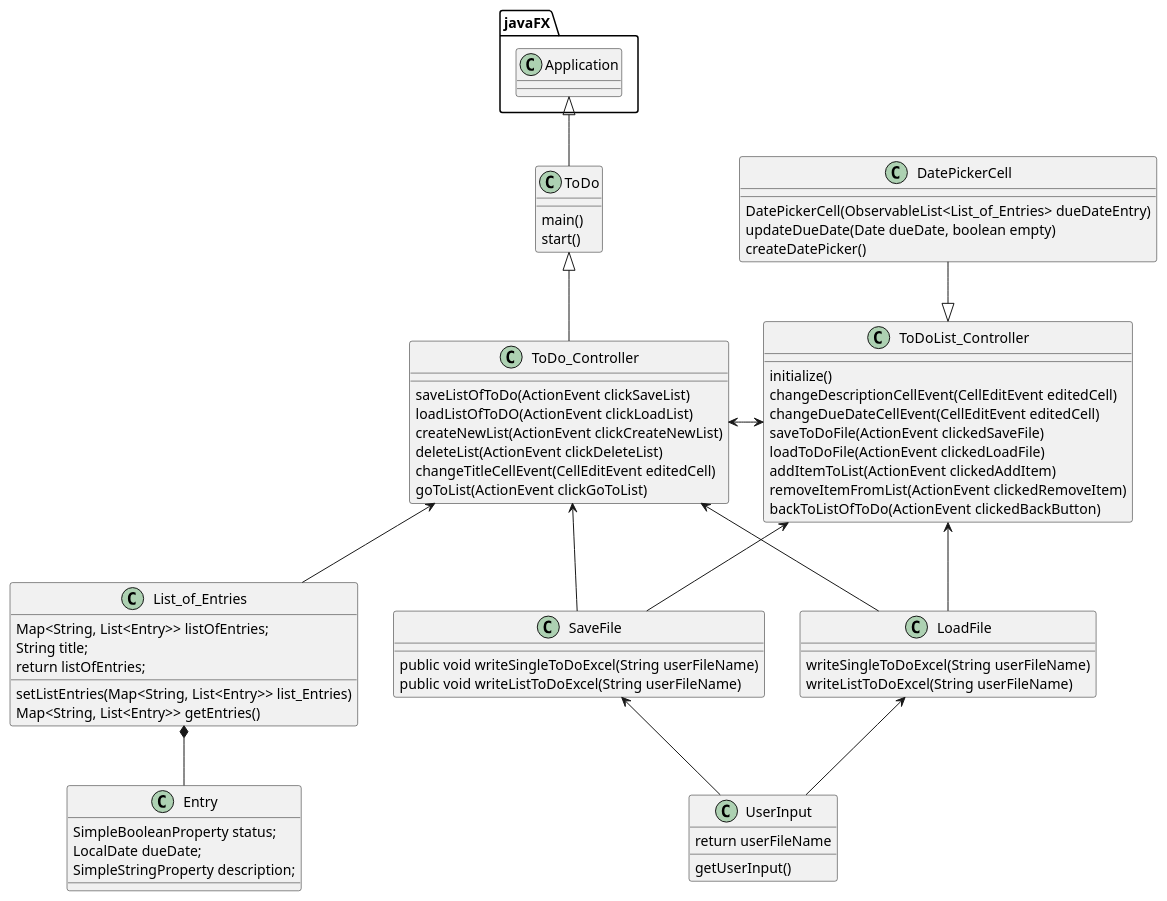
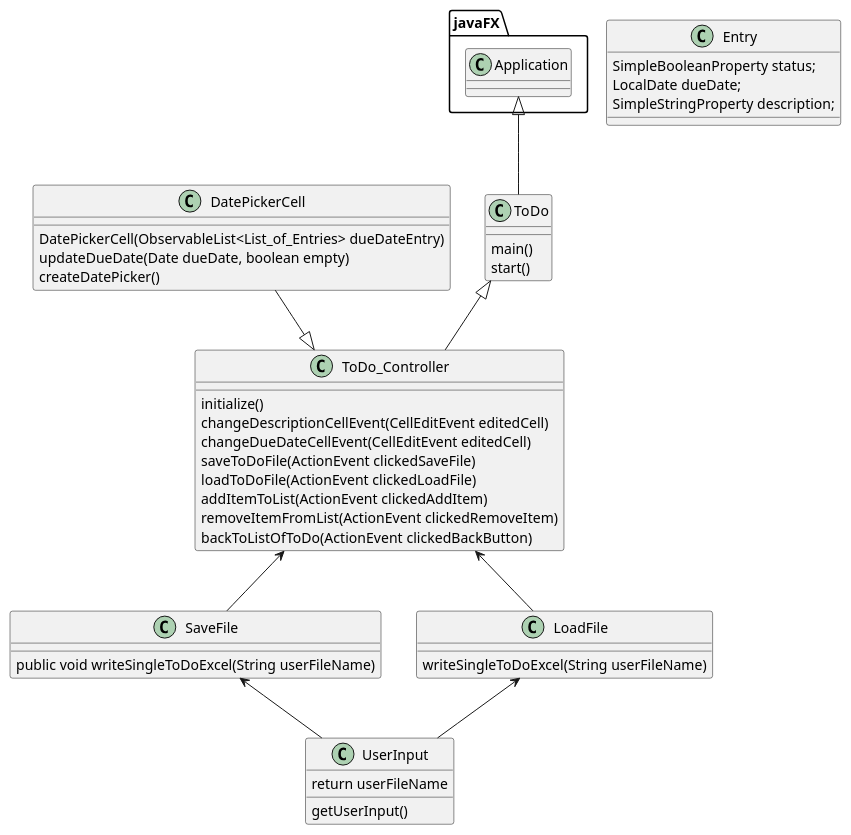
One commit to C-Gagne/gagne-cop3330-assignment4part2 changed the diagram in uml/toDo_UML.puml. Above: the diagram before and after it, drawn with PlantUML. The commit also changed 7 other files, not shown here.

Commit message:
Updated UML, removed more pseudocode corresponding to the many lists.

```diff
--- a/uml/toDo_UML.puml
+++ b/uml/toDo_UML.puml
@@ -1,92 +1,68 @@
 @startuml
 'https://plantuml.com/class-diagram
 
 class ToDo {
     main()
     start()
 }
+
 class ToDo_Controller
-{
-    saveListOfToDo(ActionEvent clickSaveList)
-    loadListOfToDO(ActionEvent clickLoadList)
-    createNewList(ActionEvent clickCreateNewList)
-    deleteList(ActionEvent clickDeleteList)
-    changeTitleCellEvent(CellEditEvent editedCell)
-    goToList(ActionEvent clickGoToList)
-
-}
-class ToDoList_Controller
 {
     initialize()
     changeDescriptionCellEvent(CellEditEvent editedCell)
     changeDueDateCellEvent(CellEditEvent editedCell)
     saveToDoFile(ActionEvent clickedSaveFile)
     loadToDoFile(ActionEvent clickedLoadFile)
     addItemToList(ActionEvent clickedAddItem)
     removeItemFromList(ActionEvent clickedRemoveItem)
     backToListOfToDo(ActionEvent clickedBackButton)
 
 }
 class UserInput
 {
     getUserInput()
         return userFileName
 }
 
 class SaveFile
 {
     public void writeSingleToDoExcel(String userFileName)
-    public void writeListToDoExcel(String userFileName)
 }
 
 class LoadFile
 {
     writeSingleToDoExcel(String userFileName)
-    writeListToDoExcel(String userFileName)
-}
-
-class List_of_Entries
-{
-    Map<String, List<Entry>> listOfEntries;
-    String title;
-    setListEntries(Map<String, List<Entry>> list_Entries)
-    Map<String, List<Entry>> getEntries()
-        return listOfEntries;
 }
 
 class Entry
 {
         SimpleBooleanProperty status;
         LocalDate dueDate;
         SimpleStringProperty description;
 }
 
 class DatePickerCell
 {
     DatePickerCell(ObservableList<List_of_Entries> dueDateEntry)
     updateDueDate(Date dueDate, boolean empty)
     createDatePicker()
 }
 
 
 javaFX.Application <|-- ToDo
 
 ToDo <|-- ToDo_Controller
-ToDo_Controller <-> ToDoList_Controller
+
+
+SaveFile <-- UserInput
+LoadFile <-- UserInput
+
 
 ToDo_Controller <-- SaveFile
-SaveFile <-- UserInput
 ToDo_Controller <-- LoadFile
-LoadFile <-- UserInput
 
-ToDo_Controller <-- List_of_Entries
-List_of_Entries *-- Entry
-
-ToDoList_Controller <-- SaveFile
-ToDoList_Controller <-- LoadFile
-
-DatePickerCell --|> ToDoList_Controller
+DatePickerCell --|> ToDo_Controller
 
 
 
 @enduml
```
